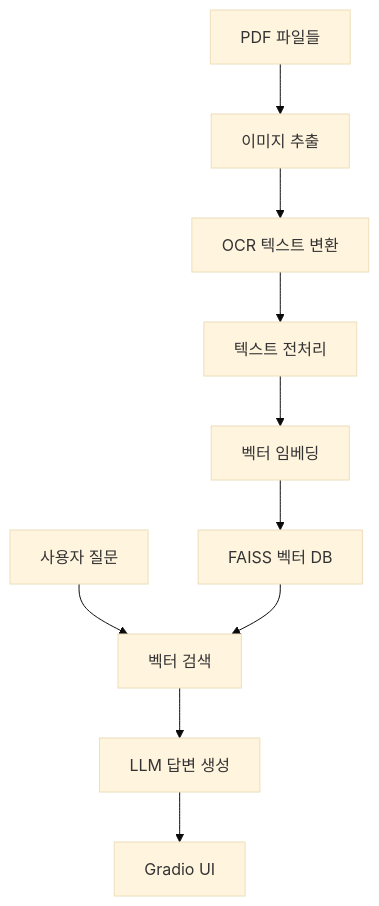
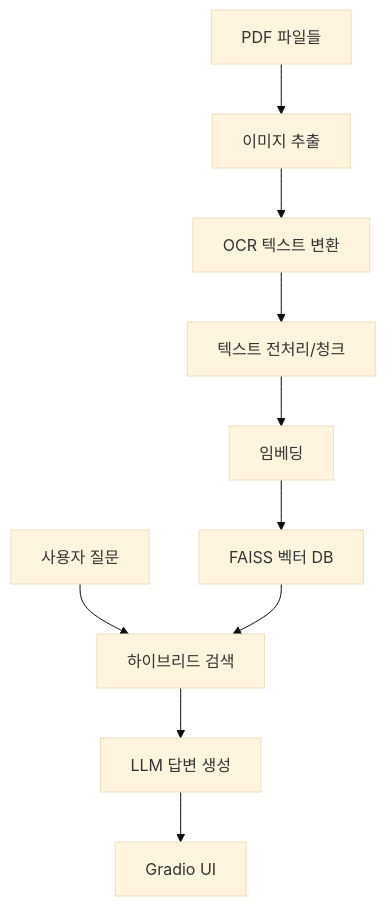
One commit to KwangsikLee/major-selection-assistant changed the second of 2 diagrams in readme.md. Above: the diagram before and after it, drawn with Mermaid (base theme). The commit also changed other lines of this file and 3 other files, not shown here.

````diff
--- a/readme.md
+++ b/readme.md
@@ -15,12 +64,12 @@
 ```mermaid
 graph TD
     A[PDF 파일들] --> B[이미지 추출]
     B --> C[OCR 텍스트 변환]
-    C --> D[텍스트 전처리]
-    D --> E[벡터 임베딩]
+    C --> D[텍스트 전처리/청크]
+    D --> E[임베딩]
     E --> F[FAISS 벡터 DB]
-    G[사용자 질문] --> H[벡터 검색]
+    G[사용자 질문] --> H[하이브리드 검색]
     F --> H
     H --> I[LLM 답변 생성]
     I --> J[Gradio UI]
 ```
````
